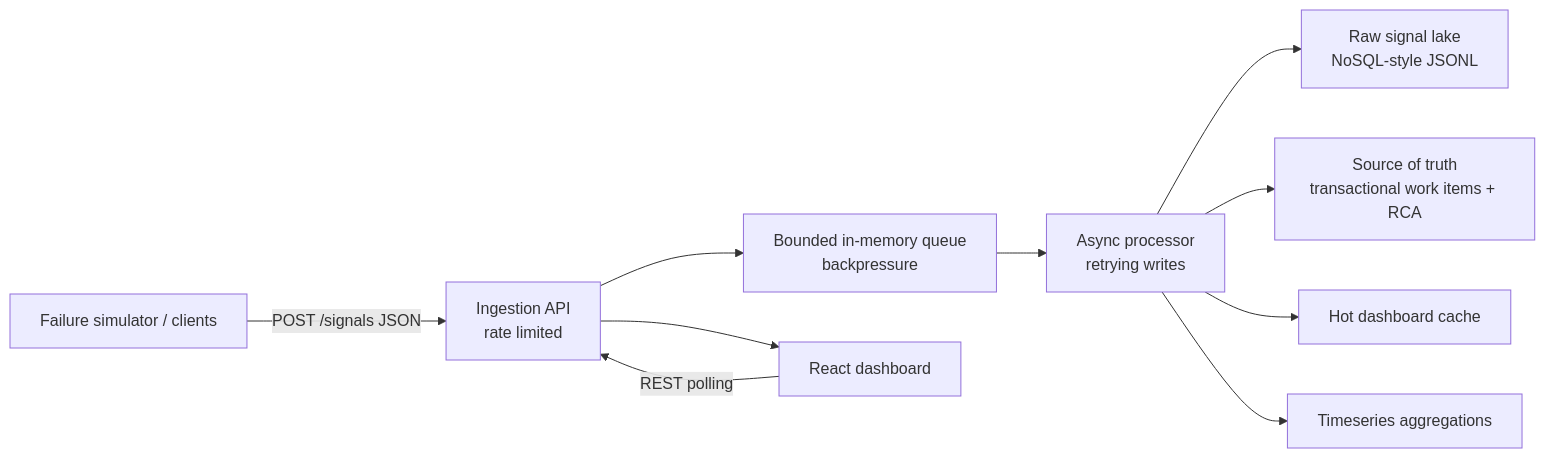
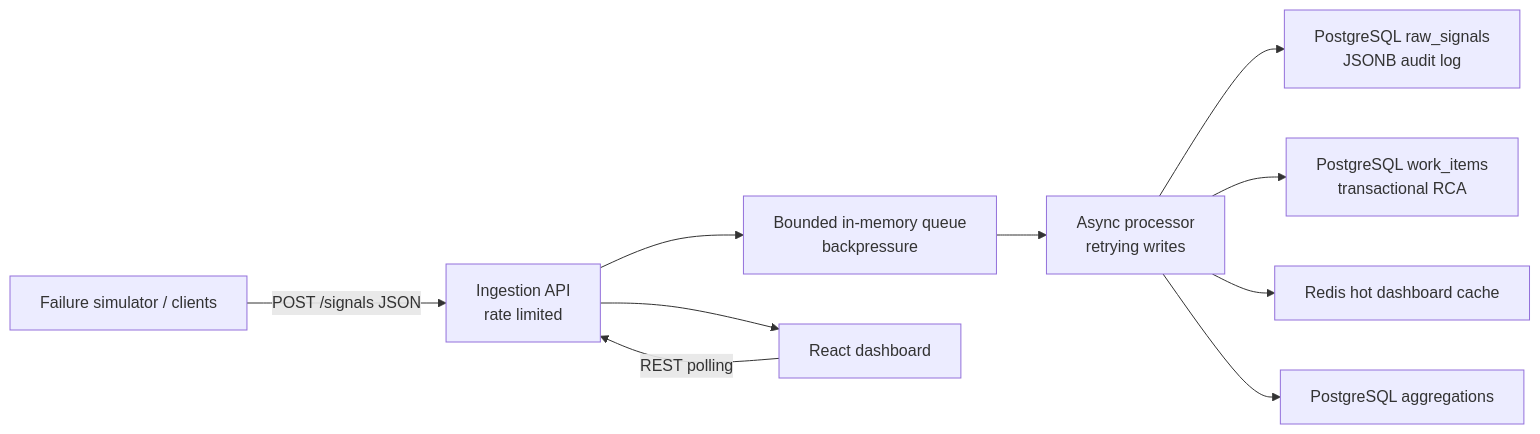
Before and after one commit to Chitransh1011/zeotap-incident-management-system: the diagram in README.md, drawn with Mermaid. The commit also changed other lines of this file and 46 other files, not shown here.

````diff
--- a/README.md
+++ b/README.md
@@ -9,12 +9,12 @@
 ```mermaid
 flowchart LR
     Producer["Failure simulator / clients"] -->|"POST /signals JSON"| API["Ingestion API\nrate limited"]
     API --> Queue["Bounded in-memory queue\nbackpressure"]
     Queue --> Worker["Async processor\nretrying writes"]
-    Worker --> Raw["Raw signal lake\nNoSQL-style JSONL"]
-    Worker --> Truth["Source of truth\ntransactional work items + RCA"]
-    Worker --> Hot["Hot dashboard cache"]
-    Worker --> Agg["Timeseries aggregations"]
+    Worker --> Raw["PostgreSQL raw_signals\nJSONB audit log"]
+    Worker --> Truth["PostgreSQL work_items\ntransactional RCA"]
+    Worker --> Hot["Redis hot dashboard cache"]
+    Worker --> Agg["PostgreSQL aggregations"]
     UI["React dashboard"] -->|"REST polling"| API
     API --> UI
 ```
````
